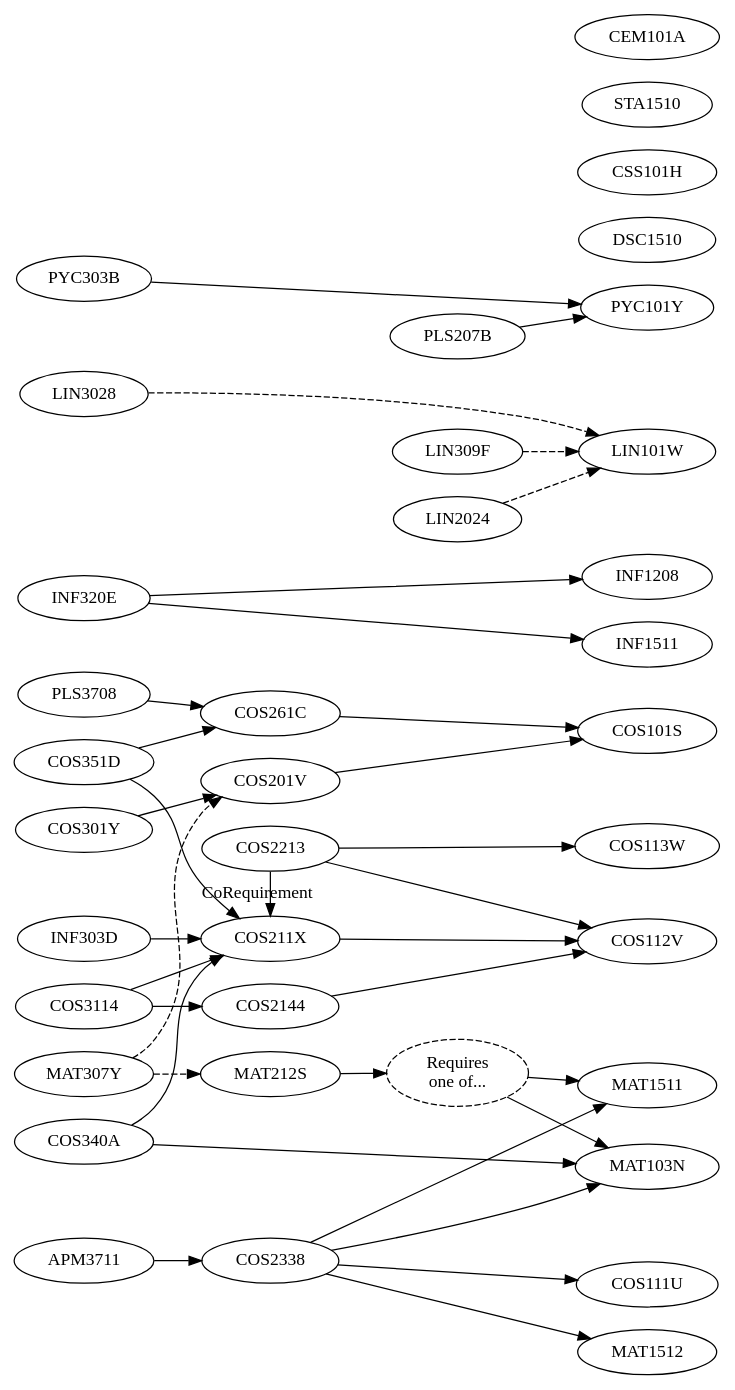
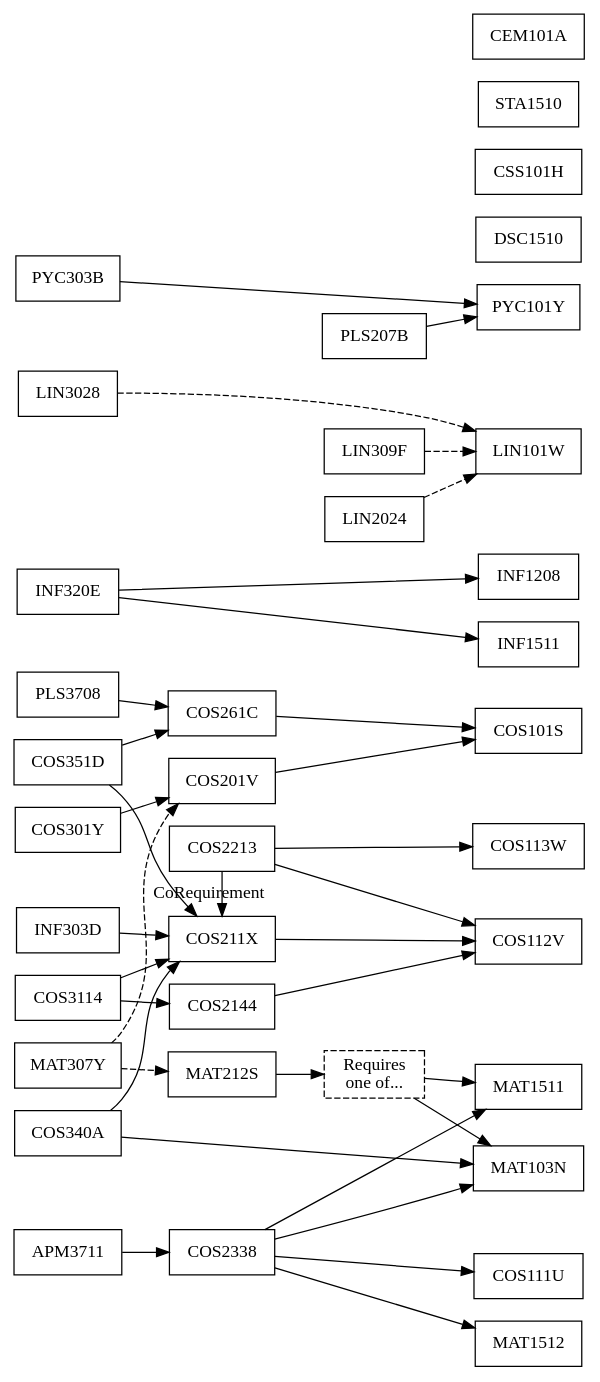
The diagram in ComputationalIntelligence.dot (apauley/unisa-module-graph), drawn with Graphviz before and after one commit.

Commit message:
Make default node shape boxed

```diff
--- a/ComputationalIntelligence.dot
+++ b/ComputationalIntelligence.dot
@@ -1,45 +1,46 @@
 digraph ComputationalIntelligence {
-    rankdir=LR
+    node [shape=box];
+    rankdir=LR;
 
     {rank=same; COS301Y INF320E COS351D PLS3708}
     {rank=same; COS3114 APM3711 MAT307Y COS340A}
     {rank=same; INF303D LIN3028 PYC303B}
 
     {rank=same; COS201V COS211X COS261C COS2144}
     {rank=same; COS2213 COS2338 MAT212S}
     {rank=same; LIN309F LIN2024 PLS207B}
 
     {rank=same; COS101S COS112V COS113W INF1208 MAT1512 MAT1511 MAT103N PYC101Y COS111U LIN101W INF1511}
     {rank=same; DSC1510 CSS101H STA1510 CEM101A}
     {rank=max; DSC1510 COS101S}
 
     COS301Y -> {COS201V}
     INF320E -> {INF1208 INF1511}
     COS351D -> {COS211X COS261C}
     PLS3708 -> {COS261C}
     PYC303B -> {PYC101Y}
 
     COS3114 -> {COS211X COS2144}
     APM3711 -> {COS2338}
     MAT307Y -> {MAT212S COS201V} [style=dashed]
     INF303D -> {COS211X}
     LIN3028 -> {LIN101W} [style=dashed]
     COS340A -> {COS211X MAT103N}
 
 
     COS201V -> {COS101S}
     COS211X -> {COS112V}
     COS261C -> {COS101S}
     COS2144 -> {COS112V}
 
     {rank=same; COS2213 COS211X}
     COS2213 -> {COS112V COS113W}
     COS2213 -> {COS211X} [label=CoRequirement]
     COS2338 -> {COS111U MAT103N MAT1511 MAT1512}
     MAT103OR151 [label="Requires\none of...", style=dashed];
     MAT212S -> {MAT103OR151}
     MAT103OR151 -> {MAT103N MAT1511}
     LIN309F -> {LIN101W} [style=dashed]
     LIN2024 -> {LIN101W} [style=dashed]
     PLS207B -> {PYC101Y}
 }
```
